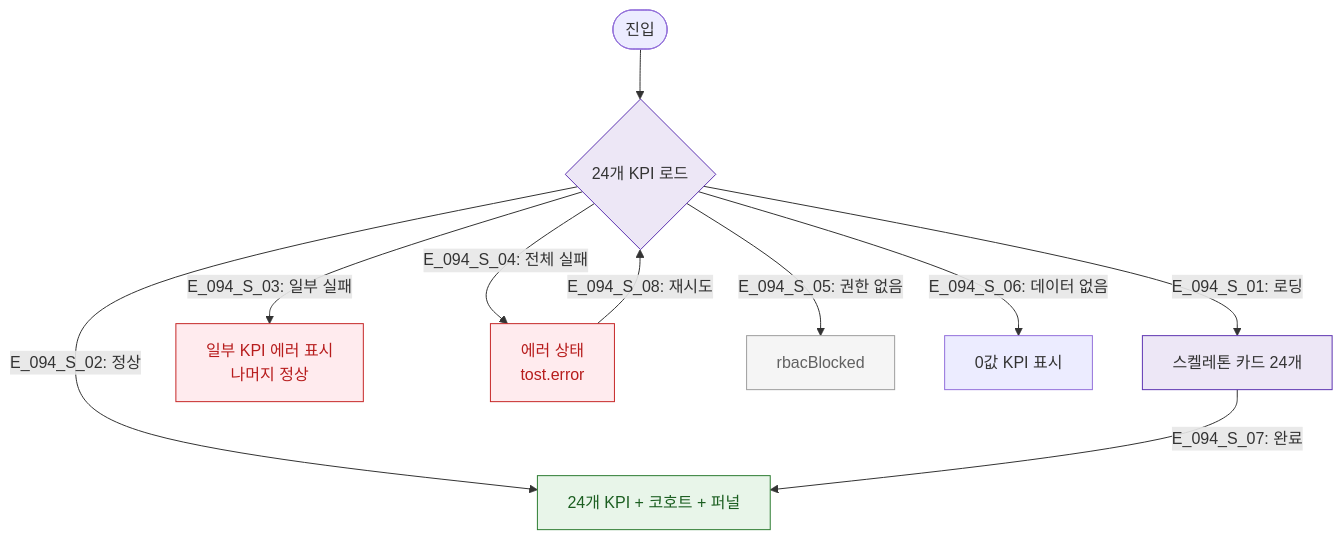
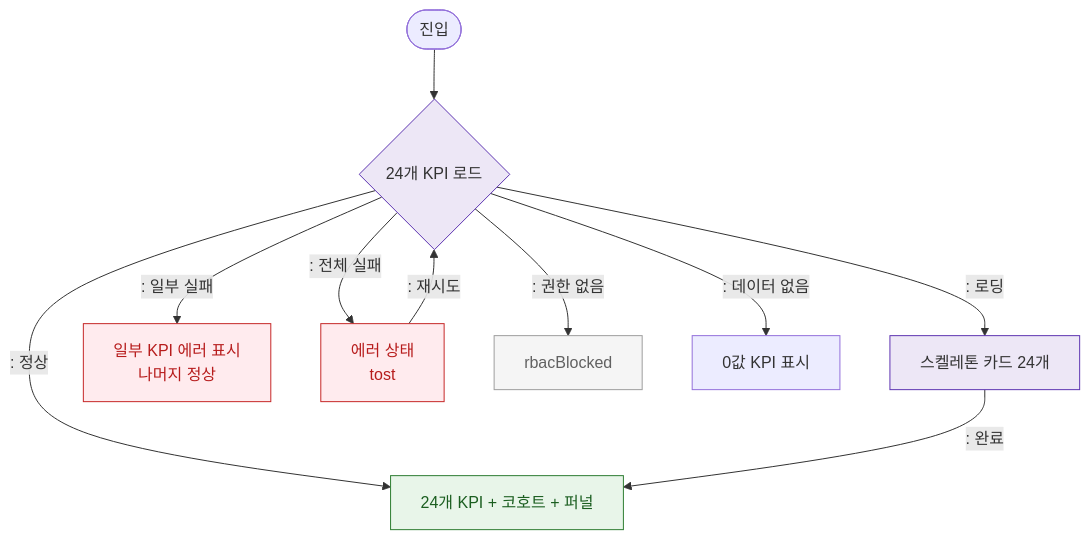
The diagram in docs/다이어그램/D10_본사관리/SCR-094_KPI대시보드/F6_상태별.md (dev-spogym/admin-pando), drawn with Mermaid before and after one commit. The commit also changed other lines of this file and 1660 other files, not shown here.

First line of the commit message:
다이어그램: 기획자/클라이언트 납품본으로 정리

````diff
--- a/docs/다이어그램/D10_본사관리/SCR-094_KPI대시보드/F6_상태별.md
+++ b/docs/다이어그램/D10_본사관리/SCR-094_KPI대시보드/F6_상태별.md
@@ -14,25 +12,25 @@
 ```mermaid
 flowchart TD
   Entry([진입]) --> Load{24개 KPI 로드}
 
-  Load -->|"E_094_S_01: 로딩"| Loading[스켈레톤 카드 24개]
-  Load -->|"E_094_S_02: 정상"| Normal[24개 KPI + 코호트 + 퍼널]
-  Load -->|"E_094_S_03: 일부 실패"| Partial[일부 KPI 에러 표시\n나머지 정상]
-  Load -->|"E_094_S_04: 전체 실패"| Error[에러 상태\ntost.error]
-  Load -->|"E_094_S_05: 권한 없음"| Blocked[rbacBlocked]
-  Load -->|"E_094_S_06: 데이터 없음"| Empty[0값 KPI 표시]
+  Load -->|": 로딩"|Loading[스켈레톤 카드 24개]
+  Load -->|": 정상"|Normal[24개 KPI + 코호트 + 퍼널]
+  Load -->|": 일부 실패"|Partial[일부 KPI 에러 표시\n나머지 정상]
+  Load -->|": 전체 실패"|Error[에러 상태\ntost]
+  Load -->|": 권한 없음"|Blocked[rbacBlocked]
+  Load -->|": 데이터 없음"|Empty[0값 KPI 표시]
 
-  Loading -->|"E_094_S_07: 완료"| Normal
-  Error -->|"E_094_S_08: 재시도"| Load
+  Loading -->|": 완료"|Normal
+  Error -->|": 재시도"|Load
 
   classDef screen fill:#E3F2FD,stroke:#1976D2,color:#0D47A1
   classDef system fill:#EDE7F6,stroke:#5E35B2
   classDef error fill:#FFEBEE,stroke:#C62828,color:#B71C1C
   classDef rbacBlocked fill:#F5F5F5,stroke:#9E9E9E,color:#616161
   classDef success fill:#E8F5E9,stroke:#2E7D32,color:#1B5E20
 
   class Normal success
   class Loading,Load system
   class Error,Partial error
   class Blocked rbacBlocked
 ```
````
